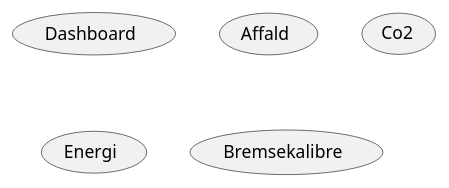
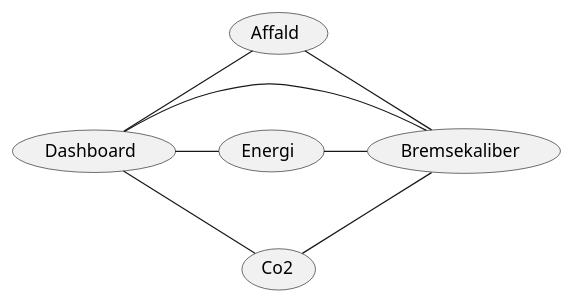
The diagram in Budweg/Artefacts/BudwegObjektModel.plantuml (FilipMeldal/Team1A), drawn with PlantUML before and after one commit.

Commit message:
Fiksede objektmodel layout

```diff
--- a/Budweg/Artefacts/BudwegObjektModel.plantuml
+++ b/Budweg/Artefacts/BudwegObjektModel.plantuml
@@ -1,11 +1,18 @@
 @startuml
 
 usecase (Dashboard) as Dashboard
 usecase (Affald) as Affald
 usecase (Co2) as Co2
 usecase (Energi) as Energi
-usecase (Bremsekalibre) as Bremsekalibre
+usecase (Bremsekaliber) as Bremsekaliber
 
+Dashboard -up- Affald
+Dashboard -right- Co2
+Dashboard -right- Energi
+Dashboard -right- Bremsekaliber
 
+Bremsekaliber -left- Energi
+Bremsekaliber -down- Co2
+Bremsekaliber -up- Affald
 
 @enduml
```
